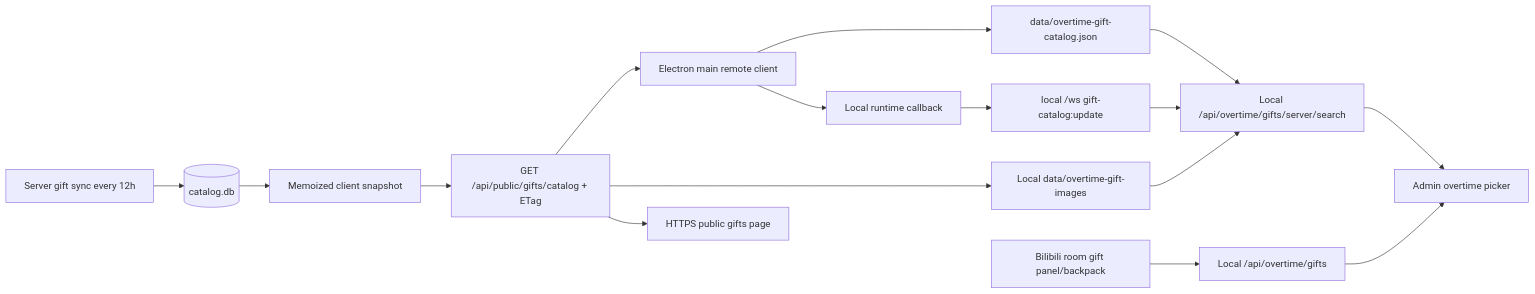
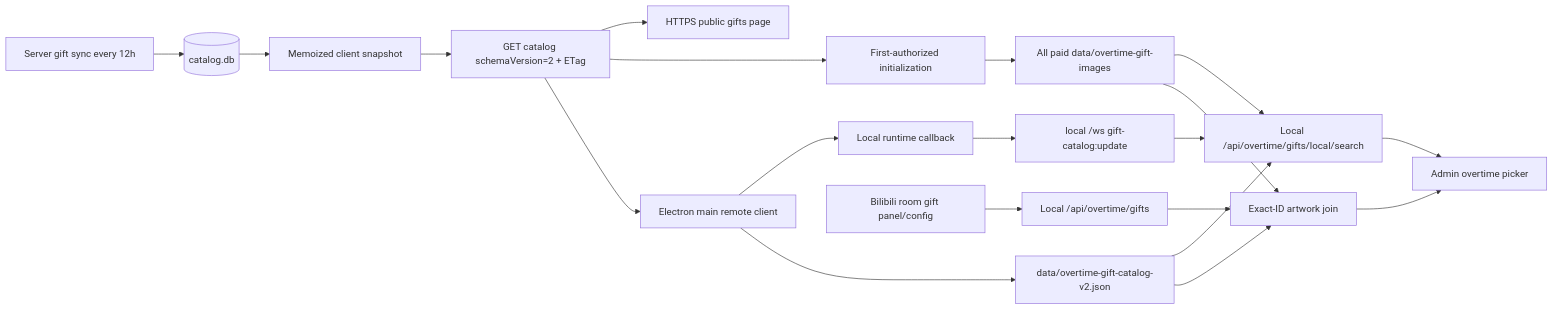
The diagram in specs/remote-gift-catalog-sync_design.md (AuroraWhisperer/LIRA), drawn with Mermaid before and after one commit. The commit also changed other lines of this file and 987 other files, not shown here.

````diff
--- a/specs/remote-gift-catalog-sync_design.md
+++ b/specs/remote-gift-catalog-sync_design.md
@@ -11,18 +11,22 @@
 ```mermaid
 flowchart LR
   Sync[Server gift sync every 12h] --> DB[(catalog.db)]
   DB --> Query[Memoized client snapshot]
-  Query --> HTTP[GET /api/public/gifts/catalog + ETag]
+  Query --> HTTP[GET catalog schemaVersion=2 + ETag]
   HTTP --> Main[Electron main remote client]
-  Main --> Cache[data/overtime-gift-catalog.json]
-  Cache --> Search[Local /api/overtime/gifts/server/search]
-  HTTP --> ImageCache[Local data/overtime-gift-images]
+  Main --> Cache[data/overtime-gift-catalog-v2.json]
+  Cache --> Join[Exact-ID artwork join]
+  Cache --> Search[Local /api/overtime/gifts/local/search]
+  HTTP --> Init[First-authorized initialization]
+  Init --> ImageCache[All paid data/overtime-gift-images]
+  ImageCache --> Join
   ImageCache --> Search
   Main --> LocalRuntime[Local runtime callback]
   LocalRuntime --> WS[local /ws gift-catalog:update]
   WS --> Search
-  Room[Bilibili room gift panel/backpack] --> Local[Local /api/overtime/gifts]
-  Local --> Picker[Admin overtime picker]
+  Room[Bilibili room gift panel/config] --> Local[Local /api/overtime/gifts]
+  Local --> Join
+  Join --> Picker[Admin overtime picker]
   Search --> Picker
   HTTP --> Web[HTTPS public gifts page]
 ```
````
